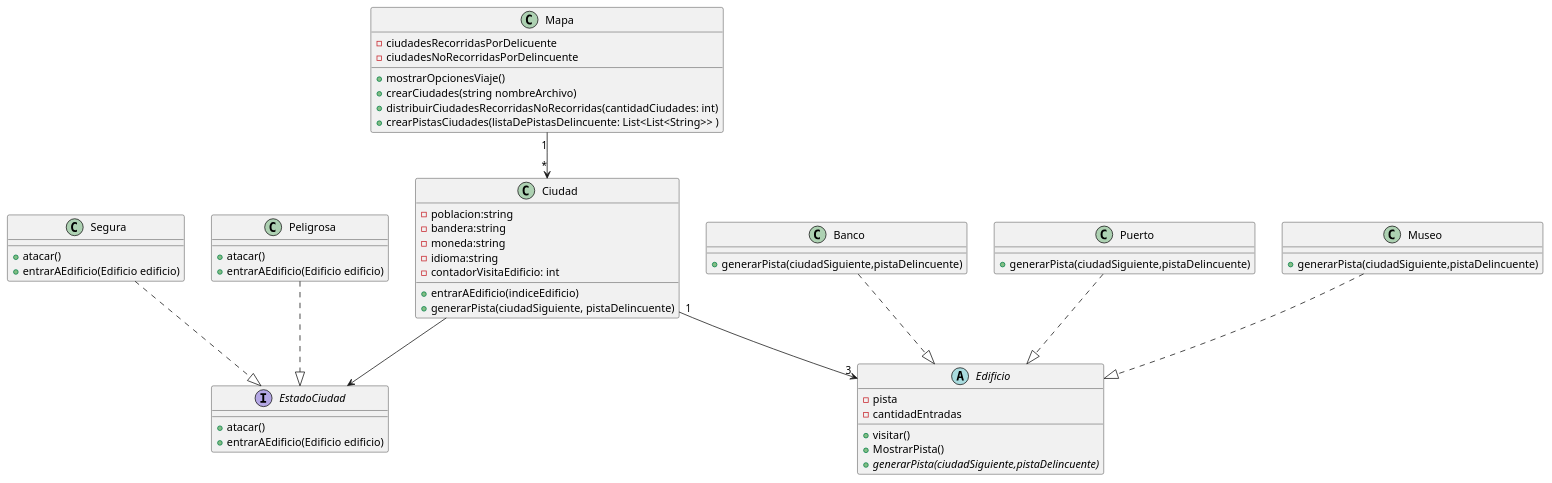
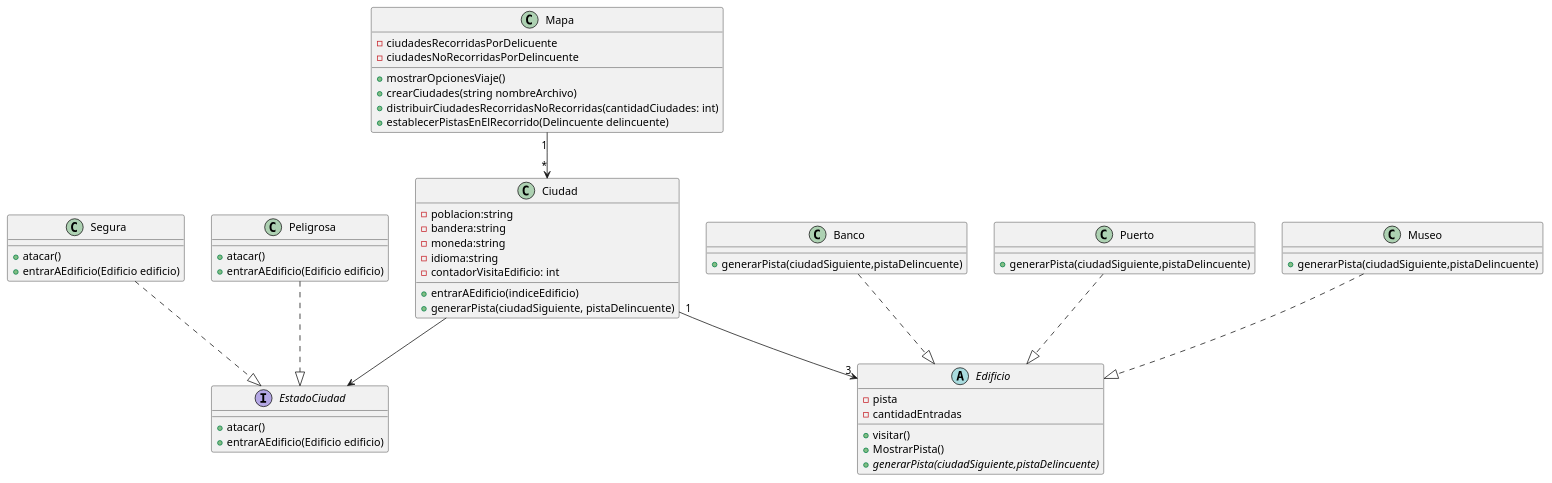
One commit to Fanusaez/TP2_algo3_algothief changed the diagram in Entrega2/DiagramaClases2.puml. Above: the diagram before and after it, drawn with PlantUML. The commit also changed 5 other files, not shown here.

First line of the commit message:
Diagrama de clases completo.

```diff
--- a/Entrega2/DiagramaClases2.puml
+++ b/Entrega2/DiagramaClases2.puml
@@ -1,71 +1,71 @@
 @startuml
 
 class Mapa{
 -ciudadesRecorridasPorDelicuente
 -ciudadesNoRecorridasPorDelincuente
 
 + mostrarOpcionesViaje()
 + crearCiudades(string nombreArchivo)
 + distribuirCiudadesRecorridasNoRecorridas(cantidadCiudades: int)
-+ crearPistasCiudades(listaDePistasDelincuente: List<List<String>> )
++ establecerPistasEnElRecorrido(Delincuente delincuente)
 }
 
 class Ciudad{
 -poblacion:string
 -bandera:string
 -moneda:string
 -idioma:string
 -contadorVisitaEdificio: int
 
 +entrarAEdificio(indiceEdificio)
 +generarPista(ciudadSiguiente, pistaDelincuente)
 }
 
 interface EstadoCiudad{
 
 +atacar()
 +entrarAEdificio(Edificio edificio)
 }
 
 class Segura{
 +atacar()
 +entrarAEdificio(Edificio edificio)
 }
 
 class Peligrosa{
 +atacar()
 +entrarAEdificio(Edificio edificio)
 }
 
 abstract class Edificio{
 -pista
 -cantidadEntradas
 +visitar()
 + MostrarPista()
 + {abstract} generarPista(ciudadSiguiente,pistaDelincuente)
 }
 
 class Banco{
 + generarPista(ciudadSiguiente,pistaDelincuente)
 }
 
 class Puerto{
 + generarPista(ciudadSiguiente,pistaDelincuente)
 }
 
 class Museo{
 + generarPista(ciudadSiguiente,pistaDelincuente)
 }
 
 Mapa "1" --> "*" Ciudad
 
 Ciudad "1" --> "3" Edificio
 
 Museo ..|> Edificio
 Banco ..|> Edificio
 Puerto ..|> Edificio
 
 Ciudad --> EstadoCiudad
 Segura ..|> EstadoCiudad
 Peligrosa ..|> EstadoCiudad
 @enduml
```
